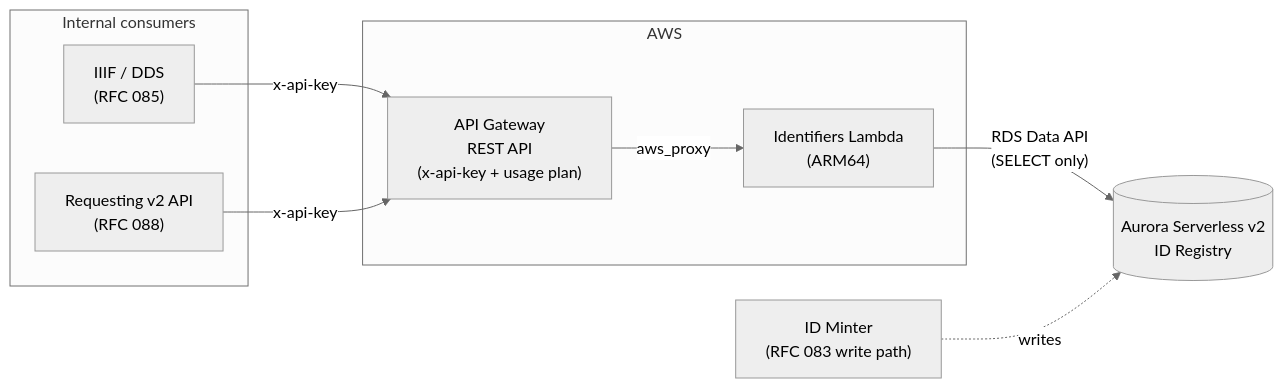
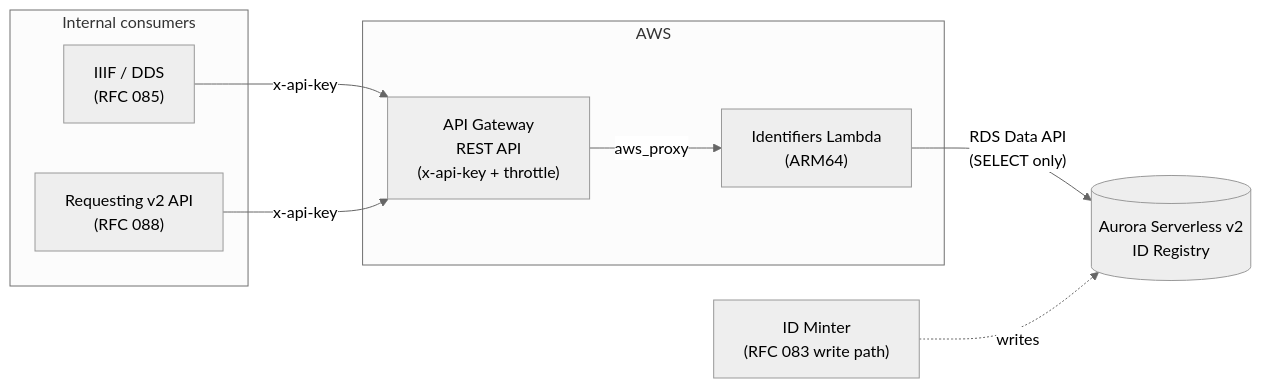
Before and after one commit to wellcomecollection/docs: the diagram in rfcs/089-identifiers-api/README.md, drawn with Mermaid (neutral theme). The commit also changed other lines of this file and 1 other file, not shown here.

````diff
--- a/rfcs/089-identifiers-api/README.md
+++ b/rfcs/089-identifiers-api/README.md
@@ -169,21 +169,21 @@
 ```mermaid
 graph LR
   subgraph Consumers["Internal consumers"]
     DDS["IIIF / DDS<br/>(RFC 085)"]
     REQ["Requesting v2 API<br/>(RFC 088)"]
   end
 
   subgraph AWS
-    GW["API Gateway<br/>REST API<br/>(x-api-key + usage plan)"]
+    GW["API Gateway<br/>REST API<br/>(x-api-key + throttle)"]
     L["Identifiers Lambda<br/>(ARM64)"]
   end
 
   REG[("Aurora Serverless v2<br/>ID Registry")]
   MINT["ID Minter<br/>(RFC 083 write path)"]
 
   DDS -->|"x-api-key"| GW
   REQ -->|"x-api-key"| GW
   GW -->|aws_proxy| L
   L -->|"RDS Data API<br/>(SELECT only)"| REG
   MINT -.->|writes| REG
 ```
````
